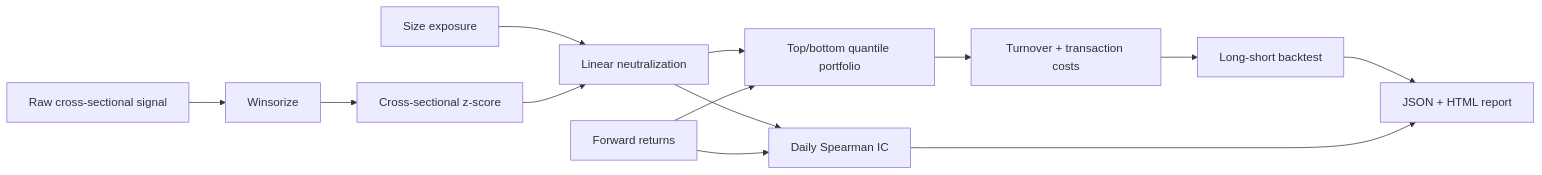
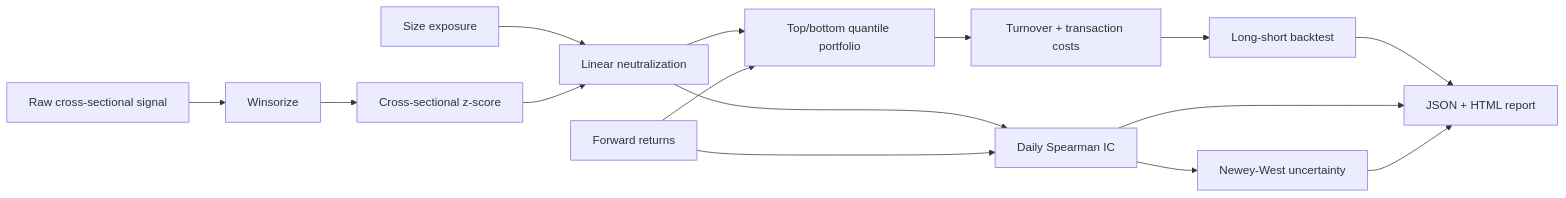
One commit to cagataykavas/quant-factor-research changed the diagram in README.md. Above: the diagram before and after it, drawn with Mermaid. The commit also changed other lines of this file and 7 other files, not shown here.

````diff
--- a/README.md
+++ b/README.md
@@ -9,15 +9,17 @@
 ```mermaid
 flowchart LR
     R[Raw cross-sectional signal] --> W[Winsorize]
     W --> Z[Cross-sectional z-score]
     X[Size exposure] --> N[Linear neutralization]
     Z --> N
     N --> IC[Daily Spearman IC]
+    IC --> HAC[Newey-West uncertainty]
     N --> Q[Top/bottom quantile portfolio]
     F[Forward returns] --> IC
     F --> Q
     Q --> T[Turnover + transaction costs]
     T --> B[Long-short backtest]
     B --> REP[JSON + HTML report]
     IC --> REP
+    HAC --> REP
 ```
````
